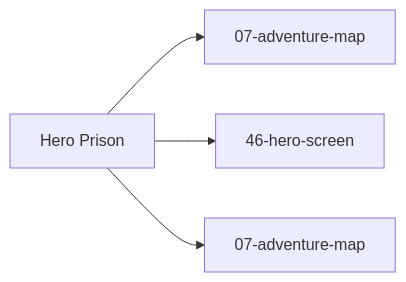
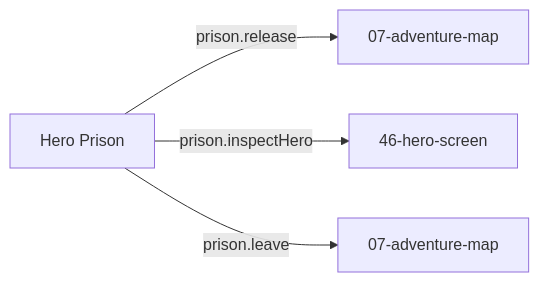
One commit to SunaNoOshiro/Heroes_Reforged_AI_Realms changed the fifth of 5 diagrams in docs/architecture/wiki/screens/23-hero-prison/architecture.md. Above: the diagram before and after it, drawn with Mermaid. The commit also changed other lines of this file and 518 other files, not shown here.

First line of the commit message:
Add doc-audit skill and sweep architecture/screen docs

````diff
--- a/docs/architecture/wiki/screens/23-hero-prison/architecture.md
+++ b/docs/architecture/wiki/screens/23-hero-prison/architecture.md
@@ -66,7 +69,7 @@
 ```mermaid
 flowchart LR
   Current["Hero Prison"]
-  Current --> T0["07-adventure-map"]
-  Current --> T1["46-hero-screen"]
-  Current --> T2["07-adventure-map"]
+  Current -->|prison.release| T0["07-adventure-map"]
+  Current -->|prison.inspectHero| T1["46-hero-screen"]
+  Current -->|prison.leave| T2["07-adventure-map"]
 ```
````
